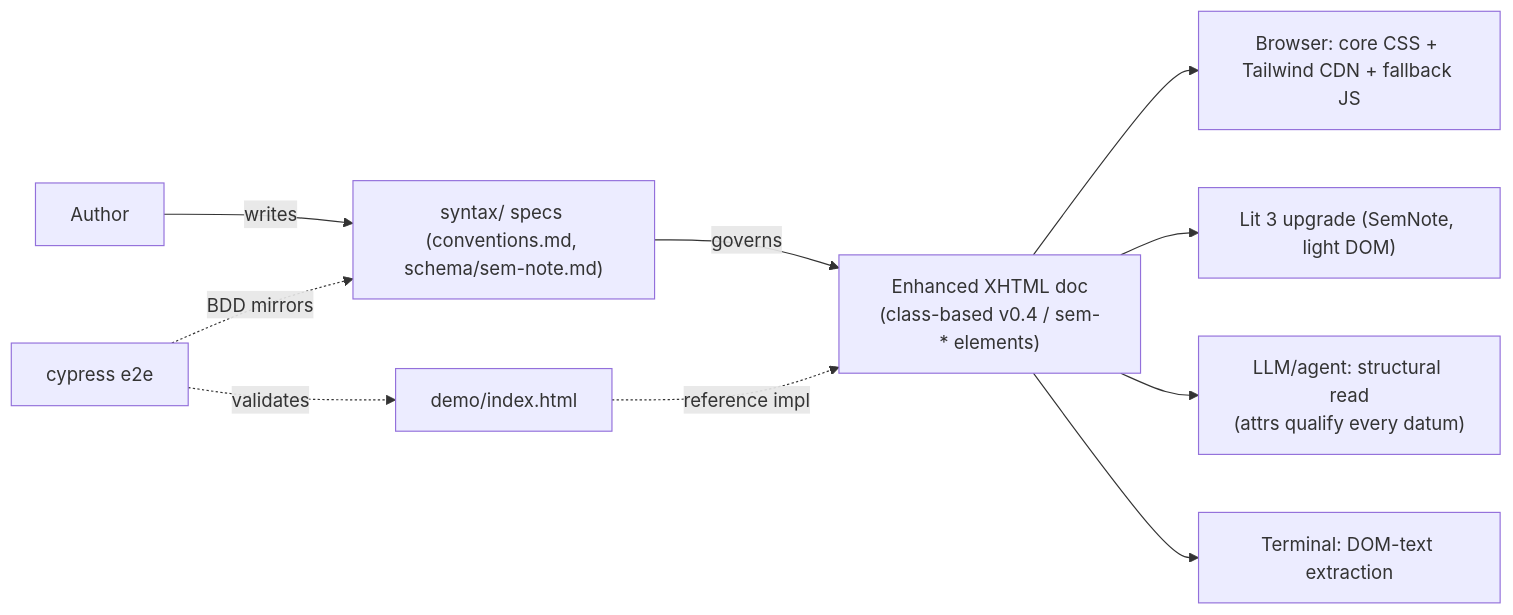
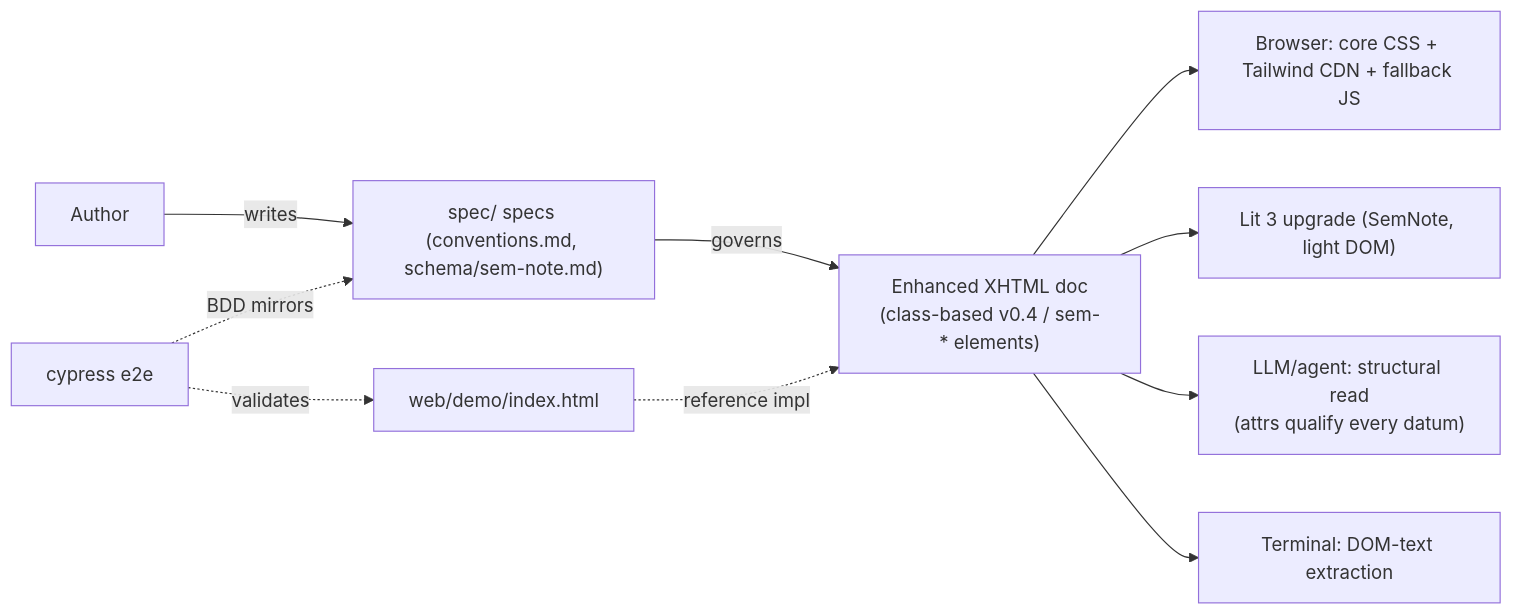
The diagram in docs/PROJ-ARCH.md (noizu-labs-ml/npl-enhanced-content), drawn with Mermaid before and after one commit. The commit also changed other lines of this file and 20 other files, not shown here.

````diff
--- a/docs/PROJ-ARCH.md
+++ b/docs/PROJ-ARCH.md
@@ -16,12 +16,12 @@
 ```mermaid
 graph LR
-    A[Author] -->|writes| S["syntax/ specs (conventions.md, schema/sem-note.md)"]
+    A[Author] -->|writes| S["spec/ specs (conventions.md, schema/sem-note.md)"]
     S -->|governs| D["Enhanced XHTML doc<br/>(class-based v0.4 / sem-* elements)"]
     D --> B["Browser: core CSS + Tailwind CDN + fallback JS"]
     D --> L["Lit 3 upgrade (SemNote, light DOM)"]
     D --> M["LLM/agent: structural read<br/>(attrs qualify every datum)"]
     D --> T["Terminal: DOM-text extraction"]
-    C["demo/index.html"] -.reference impl.-> D
+    C["web/demo/index.html"] -.reference impl.-> D
     E["cypress e2e"] -.validates.-> C
     E -.BDD mirrors.-> S
 ```
````
